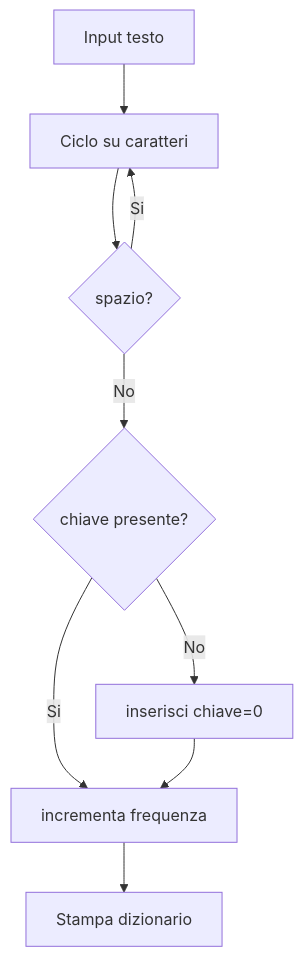
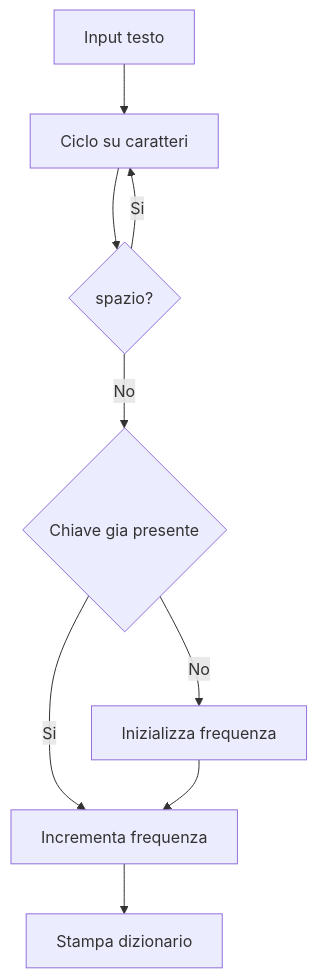
One commit to lucadagati/Lab_Fondamenti_di_Informatica_25_26 changed diagram 12 of 20 in 04-python-jupyter-analisi-biomedica/README.md. Above: the diagram before and after it, drawn with Mermaid. The commit also changed other lines of this file, not shown here.

First line of the commit message:
Fix Mermaid labels for GitHub parser compatibility

````diff
--- a/04-python-jupyter-analisi-biomedica/README.md
+++ b/04-python-jupyter-analisi-biomedica/README.md
@@ -198,11 +198,11 @@
 ```mermaid
 flowchart TD
     A[Input testo] --> B[Ciclo su caratteri]
     B --> C{spazio?}
     C -- Si --> B
-    C -- No --> D{chiave presente?}
-    D -- No --> E[inserisci chiave=0]
-    D -- Si --> F[incrementa frequenza]
+    C -- No --> D{Chiave gia presente}
+    D -- No --> E[Inizializza frequenza]
+    D -- Si --> F[Incrementa frequenza]
     E --> F
     F --> G[Stampa dizionario]
 ```
````
